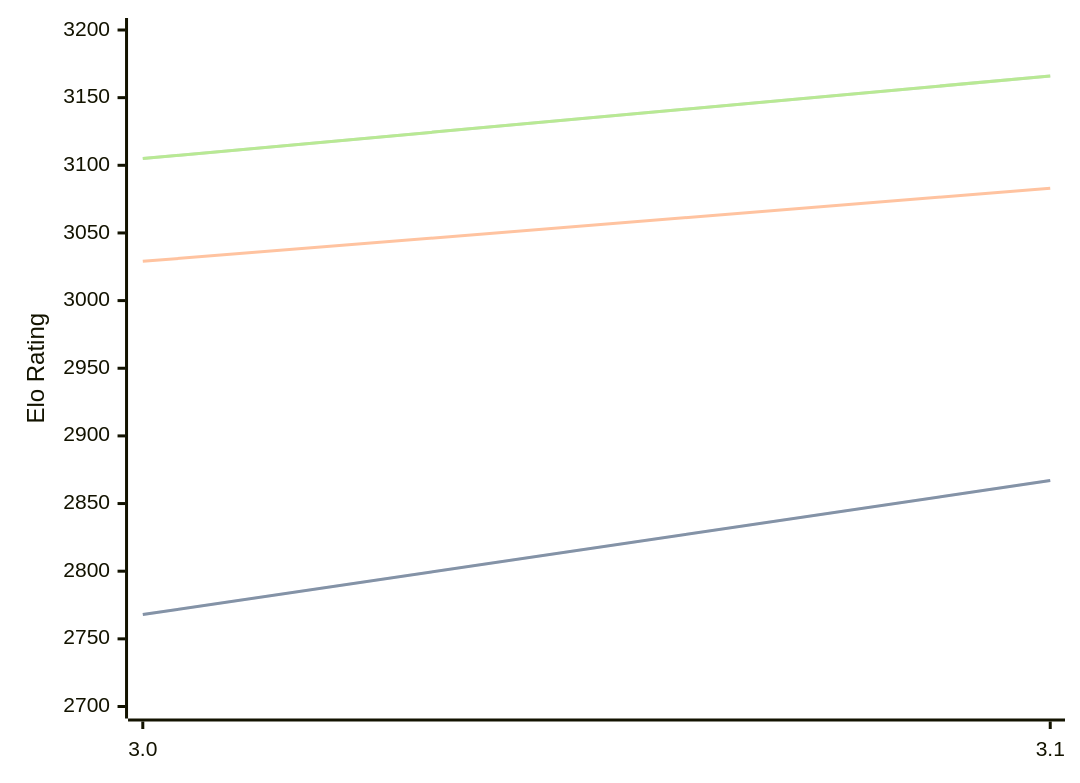
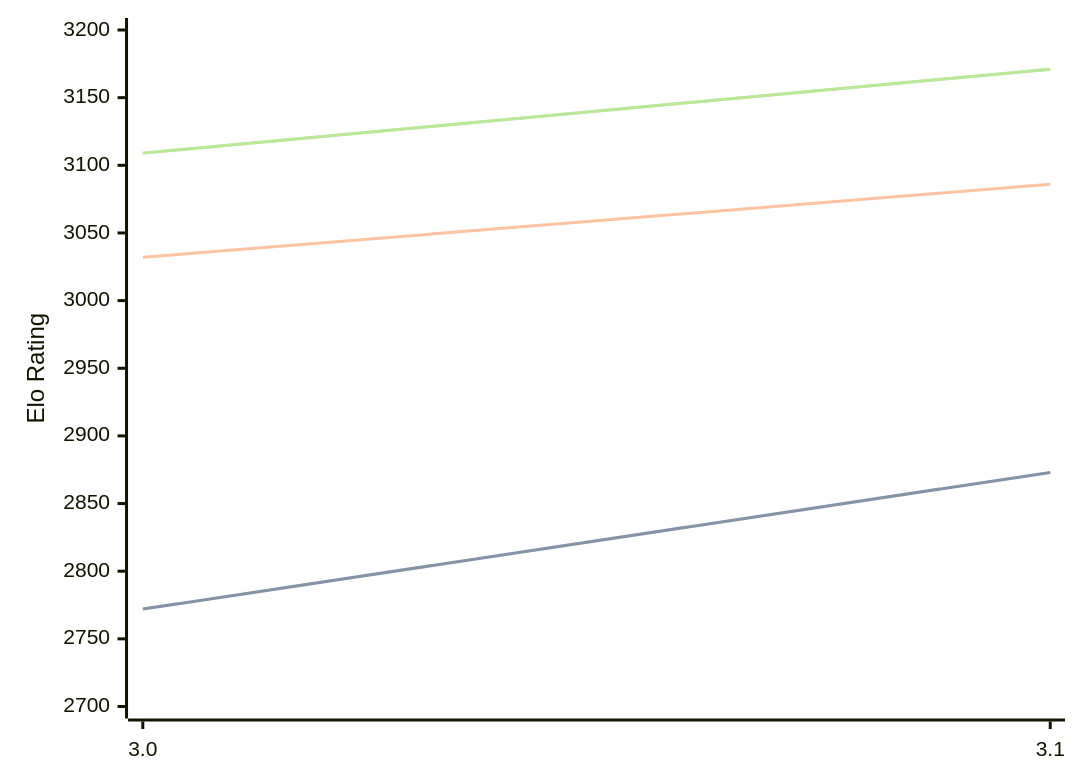
The diagram in engines/Vajolet2.md (computer-chess-index/cci), drawn with Mermaid before and after one commit. The commit also changed other lines of this file, not shown here.

Commit message:
Update CCI Ratings (ELO VLTC) - 2026-04-30

````diff
--- a/engines/Vajolet2.md
+++ b/engines/Vajolet2.md
@@ -40,11 +40,11 @@
 ```mermaid
 %%{init: {"theme":"base","themeVariables":{"seriesColors:['#a3a3a3','#222221','#faa371']}}}%%
 xychart-beta
   x-axis ["3.0", "3.1"]
   y-axis "Elo Rating" 2700 --> 3200
-  line "STC (8.0+0.08s)" [2768, 2867]
-  line "STC (8.0+0.08s)" [2768, 2867]
-  line "LTC (60.0+0.60s)" [3029, 3083]
-  line "VLTC (2m24s+1.12s)" [3105, 3166]
-  line "VLTC (2m24s+1.12s)" [3105, 3166]
+  line "STC (8.0+0.08s)" [2772, 2873]
+  line "STC (8.0+0.08s)" [2772, 2873]
+  line "LTC (60.0+0.60s)" [3032, 3086]
+  line "VLTC (2m24s+1.12s)" [3109, 3171]
+  line "VLTC (2m24s+1.12s)" [3109, 3171]
 ```
````
